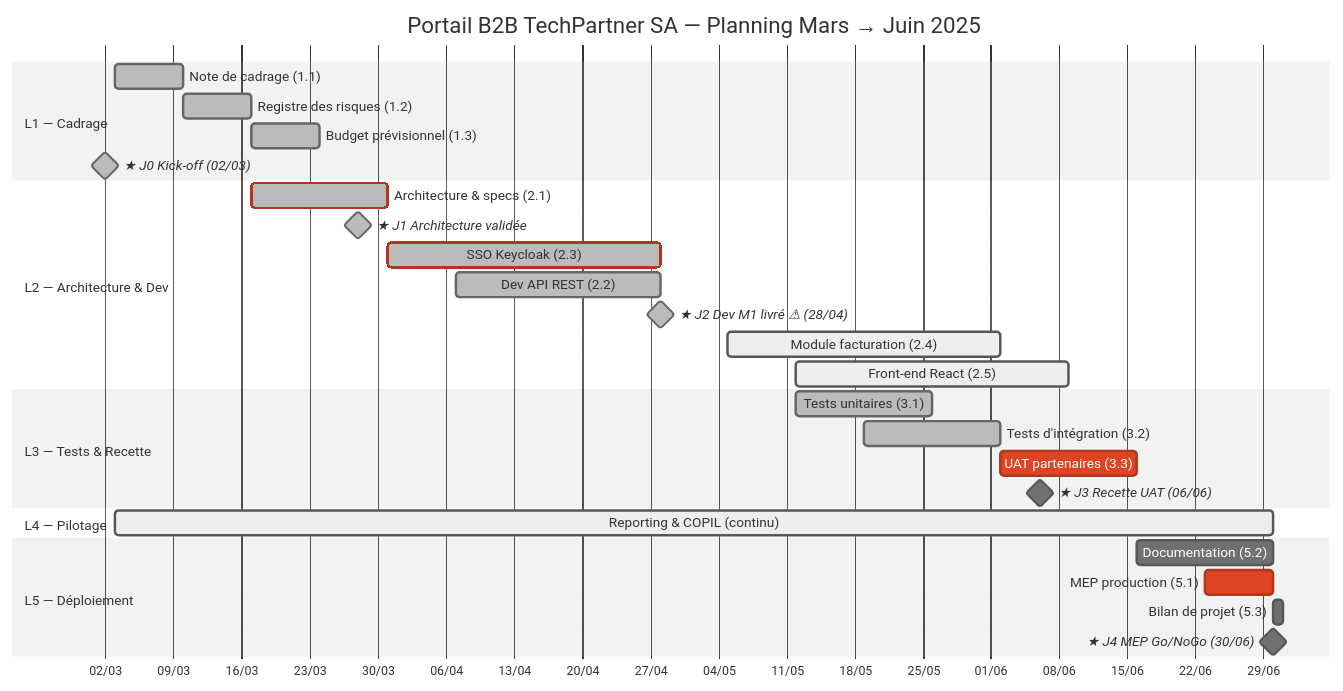
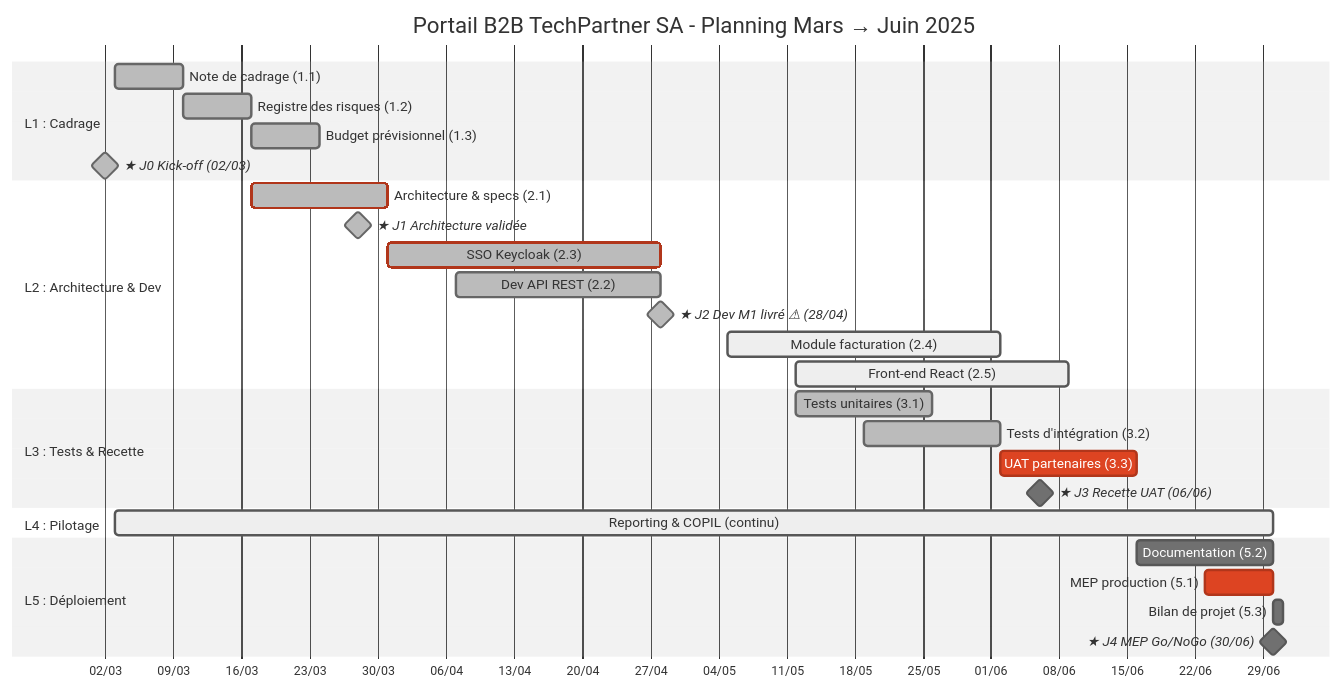
The third of 3 diagrams in docs md/Dossier_Projet_B2B_FINAL.md (POWLAIR/management-projet-numerique), drawn with Mermaid (neutral theme) before and after one commit. The commit also changed other lines of this file, not shown here.

````diff
--- a/docs md/Dossier_Projet_B2B_FINAL.md
+++ b/docs md/Dossier_Projet_B2B_FINAL.md
@@ -298,36 +298,36 @@
 ```mermaid
 gantt
-    title Portail B2B TechPartner SA — Planning Mars → Juin 2025
+    title Portail B2B TechPartner SA - Planning Mars → Juin 2025
     dateFormat  YYYY-MM-DD
     axisFormat  %d/%m
 
-    section L1 — Cadrage
+    section L1 : Cadrage
     Note de cadrage (1.1)         :done,    l1a, 2025-03-03, 7d
     Registre des risques (1.2)    :done,    l1b, 2025-03-10, 7d
     Budget prévisionnel (1.3)     :done,    l1c, 2025-03-17, 7d
     ★ J0 Kick-off (02/03)         :milestone, done, j0, 2025-03-02, 0d
 
-    section L2 — Architecture & Dev
+    section L2 : Architecture & Dev
     Architecture & specs (2.1)    :done, crit, l2a, 2025-03-17, 14d
     ★ J1 Architecture validée     :milestone, done, j1, 2025-03-28, 0d
     SSO Keycloak (2.3)            :done, crit, l2c, 2025-03-31, 28d
     Dev API REST (2.2)            :done,    l2b, 2025-04-07, 21d
     ★ J2 Dev M1 livré ⚠ (28/04)  :milestone, done, j2, 2025-04-28, 0d
     Module facturation (2.4)      :active,  l2d, 2025-05-05, 28d
     Front-end React (2.5)         :active,  l2e, 2025-05-12, 28d
 
-    section L3 — Tests & Recette
+    section L3 : Tests & Recette
     Tests unitaires (3.1)         :done,    l3a, 2025-05-12, 14d
     Tests d'intégration (3.2)     :done,    l3b, 2025-05-19, 14d
     UAT partenaires (3.3)         :crit,    l3c, 2025-06-02, 14d
     ★ J3 Recette UAT (06/06)      :milestone, j3, 2025-06-06, 0d
 
-    section L4 — Pilotage
+    section L4 : Pilotage
     Reporting & COPIL (continu)   :active,  l4a, 2025-03-03, 119d
 
-    section L5 — Déploiement
+    section L5 : Déploiement
     Documentation (5.2)           :         l5b, 2025-06-16, 14d
     MEP production (5.1)          :crit,    l5a, 2025-06-23, 7d
     Bilan de projet (5.3)         :         l5c, 2025-06-30, 1d
     ★ J4 MEP Go/NoGo (30/06)      :milestone, j4, 2025-06-30, 0d
 ```
````
